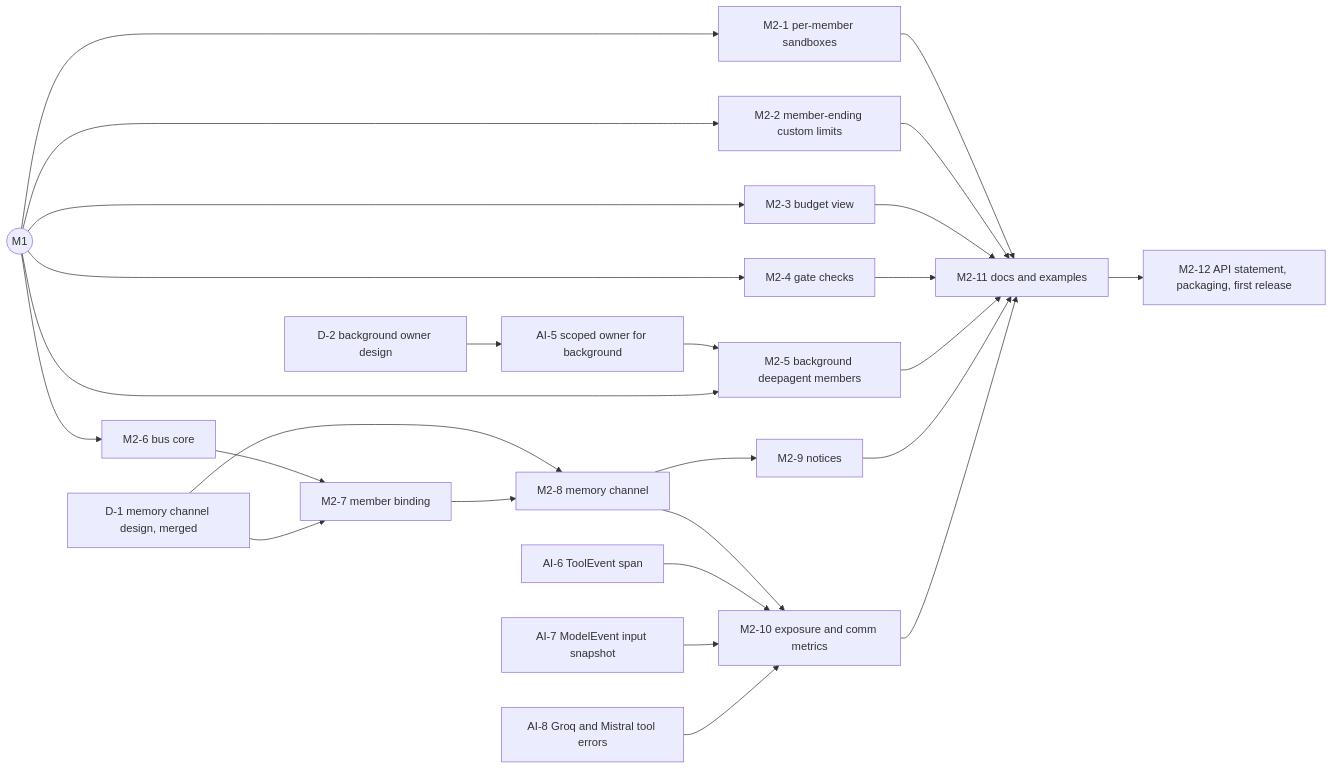
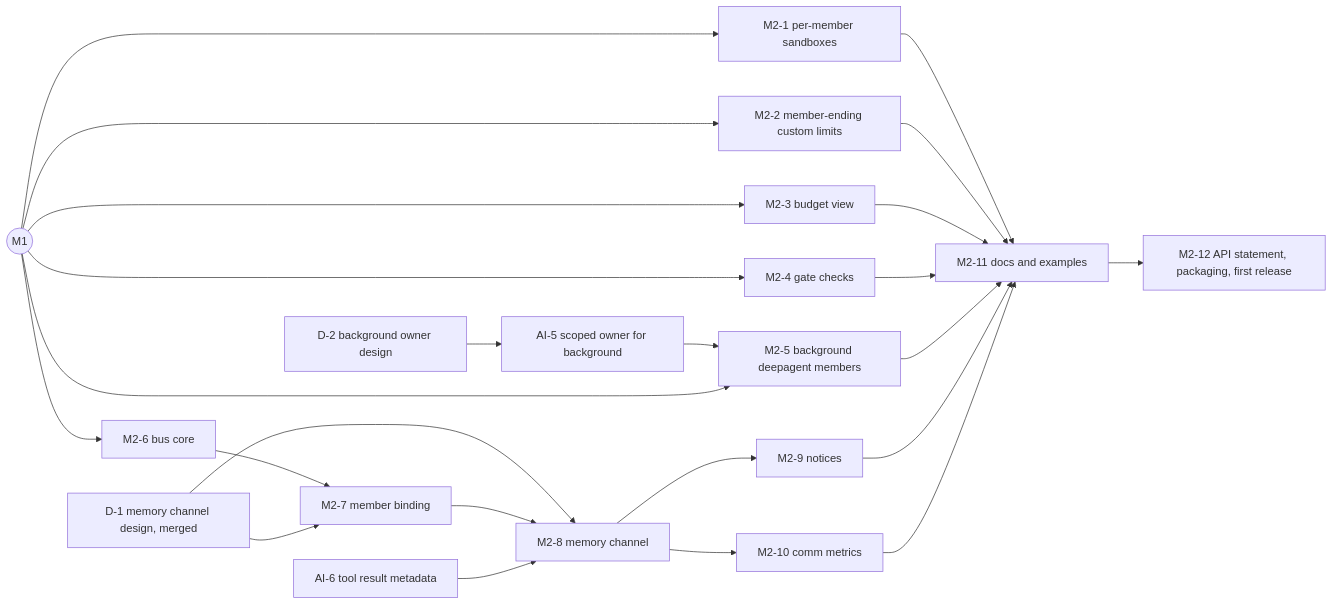
One commit to meridianlabs-ai/inspect_swarm changed the second of 2 diagrams in design/swarm-implementation-plan.md. Above: the diagram before and after it, drawn with Mermaid. The commit also changed other lines of this file and 7 other files, not shown here.

First line of the commit message:
docs: drop exposed and proposed; name records in model input by metadata

````diff
--- a/design/swarm-implementation-plan.md
+++ b/design/swarm-implementation-plan.md
@@ -268,22 +268,20 @@
 ```mermaid
 flowchart LR
   M1((M1)) --> M2_1[M2-1 per-member sandboxes]
   M1 --> M2_2[M2-2 member-ending custom limits]
   M1 --> M2_3[M2-3 budget view]
   M1 --> M2_4[M2-4 gate checks]
   D2[D-2 background owner design] --> AI5[AI-5 scoped owner for background]
   AI5 --> M2_5[M2-5 background deepagent members]
   M1 --> M2_5
   M1 --> M2_6[M2-6 bus core]
   M2_6 --> M2_7[M2-7 member binding]
   D1[D-1 memory channel design, merged] --> M2_7
   D1 --> M2_8
   M2_7 --> M2_8[M2-8 memory channel]
   M2_8 --> M2_9[M2-9 notices]
-  M2_8 --> M2_10[M2-10 exposure and comm metrics]
-  AI6[AI-6 ToolEvent span] --> M2_10
-  AI7[AI-7 ModelEvent input snapshot] --> M2_10
-  AI8[AI-8 Groq and Mistral tool errors] --> M2_10
+  M2_8 --> M2_10[M2-10 comm metrics]
+  AI6[AI-6 tool result metadata] --> M2_8
   M2_1 & M2_2 & M2_3 & M2_4 & M2_5 & M2_9 & M2_10 --> M2_11[M2-11 docs and examples]
   M2_11 --> M2_12[M2-12 API statement, packaging, first release]
 ```
````
